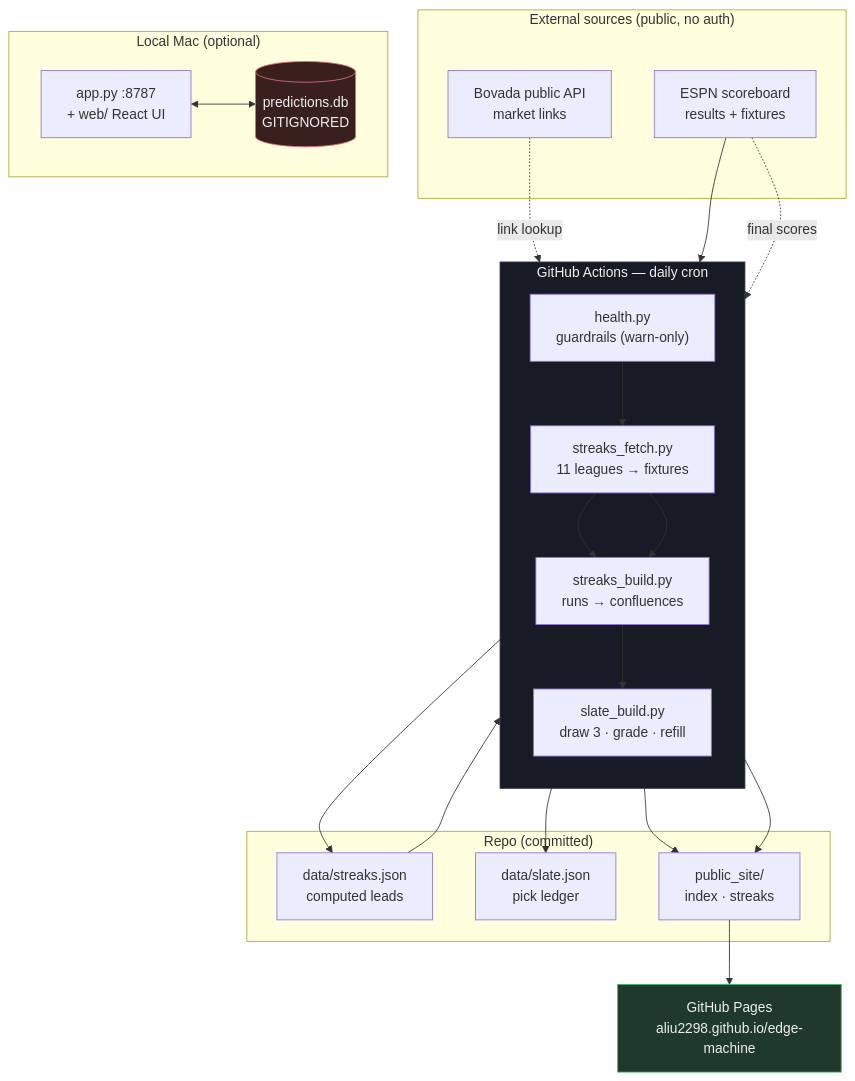
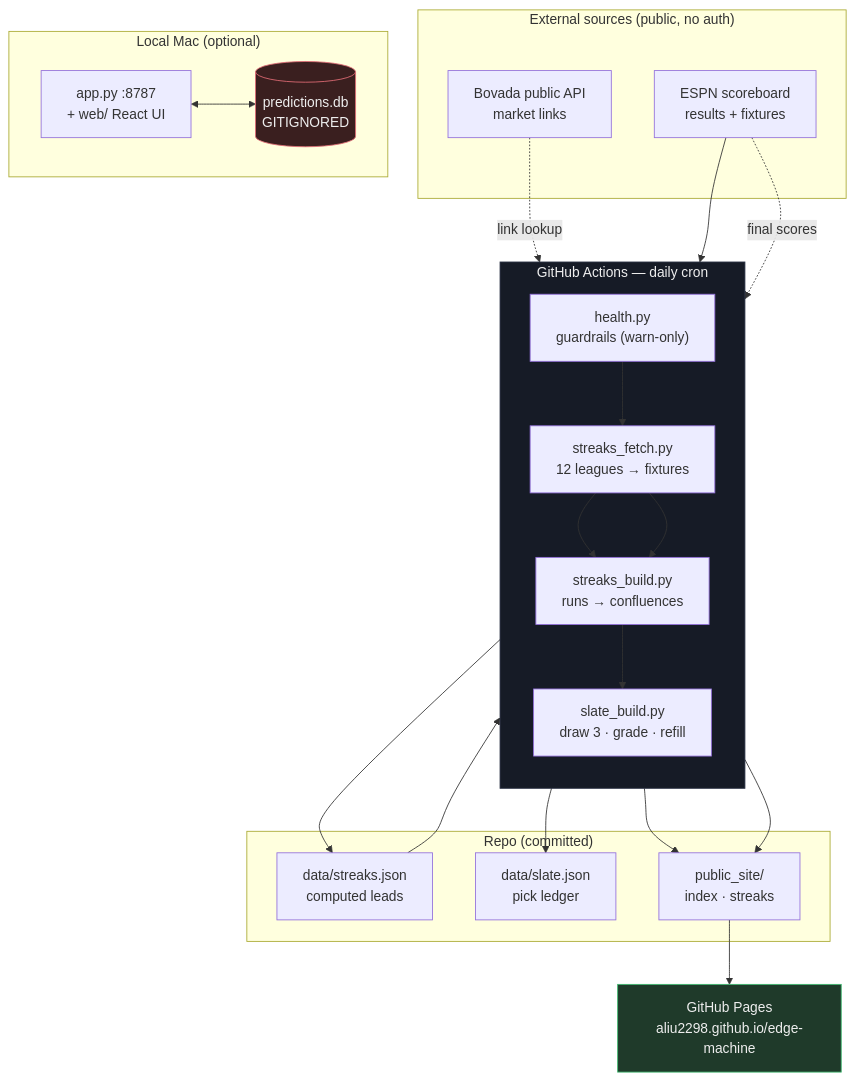
The diagram in README.md (aliu2298/edge-machine), drawn with Mermaid before and after one commit. The commit also changed other lines of this file and 8 other files, not shown here.

````diff
--- a/README.md
+++ b/README.md
@@ -16,42 +16,42 @@
 ```mermaid
 flowchart TB
     subgraph CI["GitHub Actions — daily cron"]
         direction TB
         HC["health.py<br/>guardrails (warn-only)"]
-        SF["streaks_fetch.py<br/>11 leagues → fixtures"]
+        SF["streaks_fetch.py<br/>12 leagues → fixtures"]
         SB["streaks_build.py<br/>runs → confluences"]
         SL["slate_build.py<br/>draw 3 · grade · refill"]
         HC --> SF --> SB --> SL
     end
 
     subgraph EXT["External sources (public, no auth)"]
         BOV["Bovada public API<br/>market links"]
         ESPN["ESPN scoreboard<br/>results + fixtures"]
     end
 
     subgraph REPO["Repo (committed)"]
         SJ["data/streaks.json<br/>computed leads"]
         SLJ["data/slate.json<br/>pick ledger"]
         OUT["public_site/<br/>index · streaks"]
     end
 
     subgraph LOCAL["Local Mac (optional)"]
         APP["app.py :8787<br/>+ web/ React UI"]
         DB[("predictions.db<br/>GITIGNORED")]
         APP <--> DB
     end
 
     BOV -.link lookup.-> SB
     ESPN --> SF
     ESPN -.final scores.-> SL
 
     SF --> SB --> SJ --> SL --> SLJ
     SB --> OUT
     SL --> OUT
 
     OUT --> PAGES["GitHub Pages<br/>aliu2298.github.io/edge-machine"]
 
     style DB fill:#3a1f1f,stroke:#e06c75,color:#eee
     style PAGES fill:#1f3a2a,stroke:#3fb970,color:#eee
     style CI fill:#161b26,stroke:#2b3245,color:#eee
 ```
````
